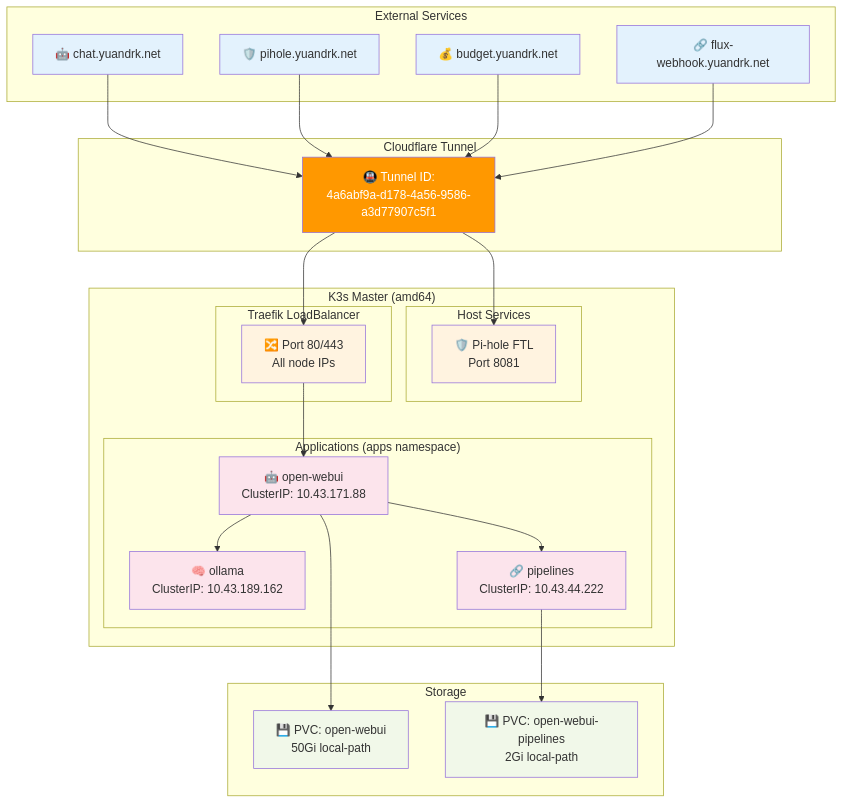
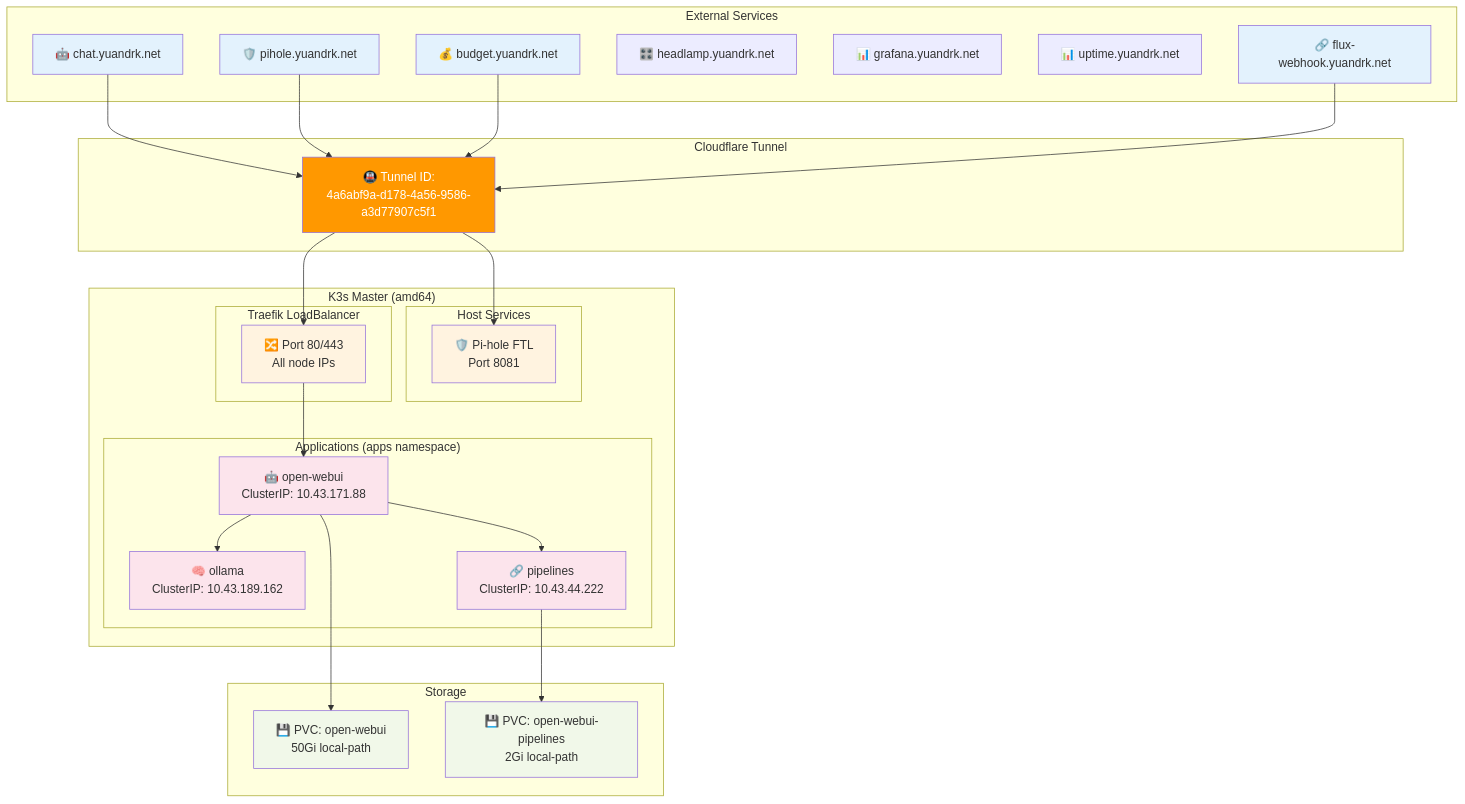
Before and after one commit to yuandrk/homelabops: the fifth of 6 diagrams in docs/Architecture/Infrastructure-Diagrams.md, drawn with Mermaid. The commit also changed other lines of this file and 2 other files, not shown here.

First line of the commit message:
docs: update documentation for Uptime Kuma deployment and optimized FluxCD structure

````diff
--- a/docs/Architecture/Infrastructure-Diagrams.md
+++ b/docs/Architecture/Infrastructure-Diagrams.md
@@ -253,67 +266,70 @@
 ```mermaid
 graph TB
     subgraph "External Services"
         Chat[🤖 chat.yuandrk.net]
         Pihole[🛡️ pihole.yuandrk.net]
         Budget[💰 budget.yuandrk.net]
+        Headlamp[🎛️ headlamp.yuandrk.net]
+        Grafana[📊 grafana.yuandrk.net]
+        Uptime[📊 uptime.yuandrk.net]
         Webhook[🔗 flux-webhook.yuandrk.net]
     end
 
     subgraph "Cloudflare Tunnel"
         TunnelID[🚇 Tunnel ID:<br/>4a6abf9a-d178-4a56-9586-a3d77907c5f1]
     end
 
     subgraph "K3s Master (amd64)"
         subgraph "Host Services"
             PiholeHost[🛡️ Pi-hole FTL<br/>Port 8081]
         end
         
         subgraph "Traefik LoadBalancer"
             TraefikSvc[🔀 Port 80/443<br/>All node IPs]
         end
         
         subgraph "Applications (apps namespace)"
             OpenWebuiApp[🤖 open-webui<br/>ClusterIP: 10.43.171.88]
             OllamaApp[🧠 ollama<br/>ClusterIP: 10.43.189.162]
             PipelinesApp[🔗 pipelines<br/>ClusterIP: 10.43.44.222]
         end
     end
 
     subgraph "Storage"
         PV1[💾 PVC: open-webui<br/>50Gi local-path]
         PV2[💾 PVC: open-webui-pipelines<br/>2Gi local-path]
     end
 
     %% External to tunnel
     Chat --> TunnelID
     Pihole --> TunnelID
     Budget --> TunnelID
     Webhook --> TunnelID
 
     %% Tunnel to services
     TunnelID --> TraefikSvc
     TunnelID --> PiholeHost
 
     %% Traefik routing
     TraefikSvc --> OpenWebuiApp
     
     %% App connections
     OpenWebuiApp --> OllamaApp
     OpenWebuiApp --> PipelinesApp
     
     %% Storage
     OpenWebuiApp --> PV1
     PipelinesApp --> PV2
 
     classDef external fill:#e3f2fd
     classDef tunnel fill:#ff9800,color:#fff
     classDef host fill:#fff3e0
     classDef k8s fill:#fce4ec
     classDef storage fill:#f1f8e9
 
     class Chat,Pihole,Budget,Webhook external
     class TunnelID tunnel
     class PiholeHost,TraefikSvc host
     class OpenWebuiApp,OllamaApp,PipelinesApp k8s
     class PV1,PV2 storage
 ```
````
